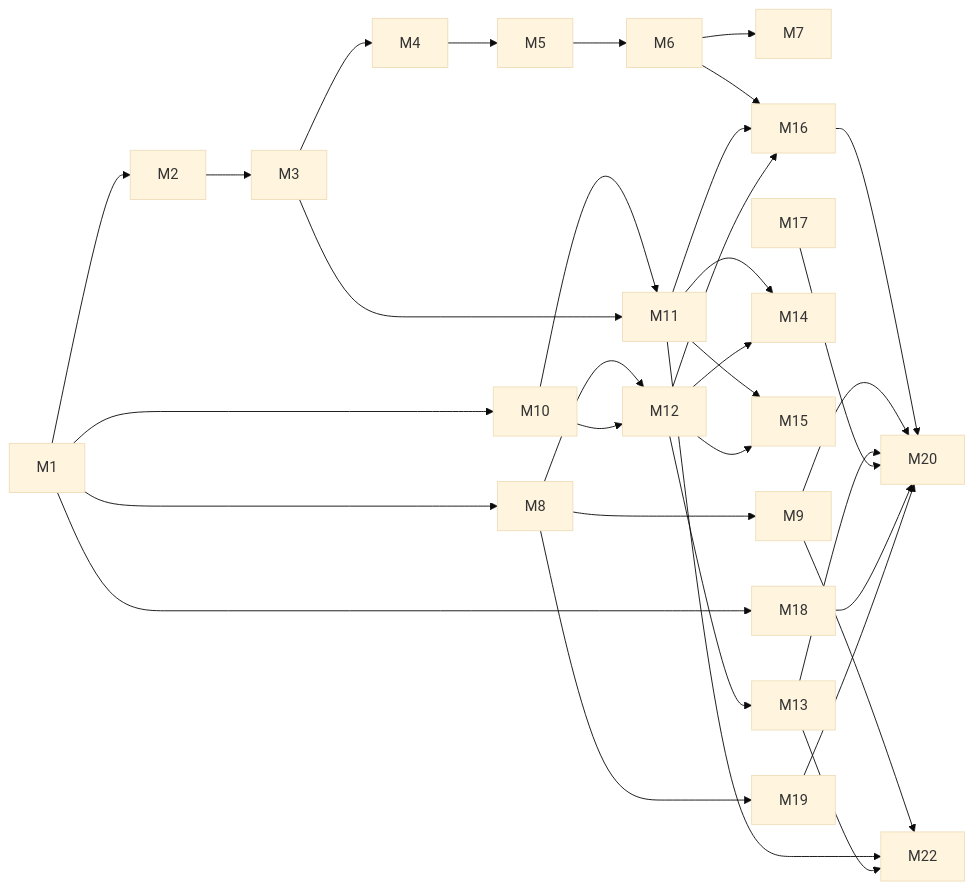
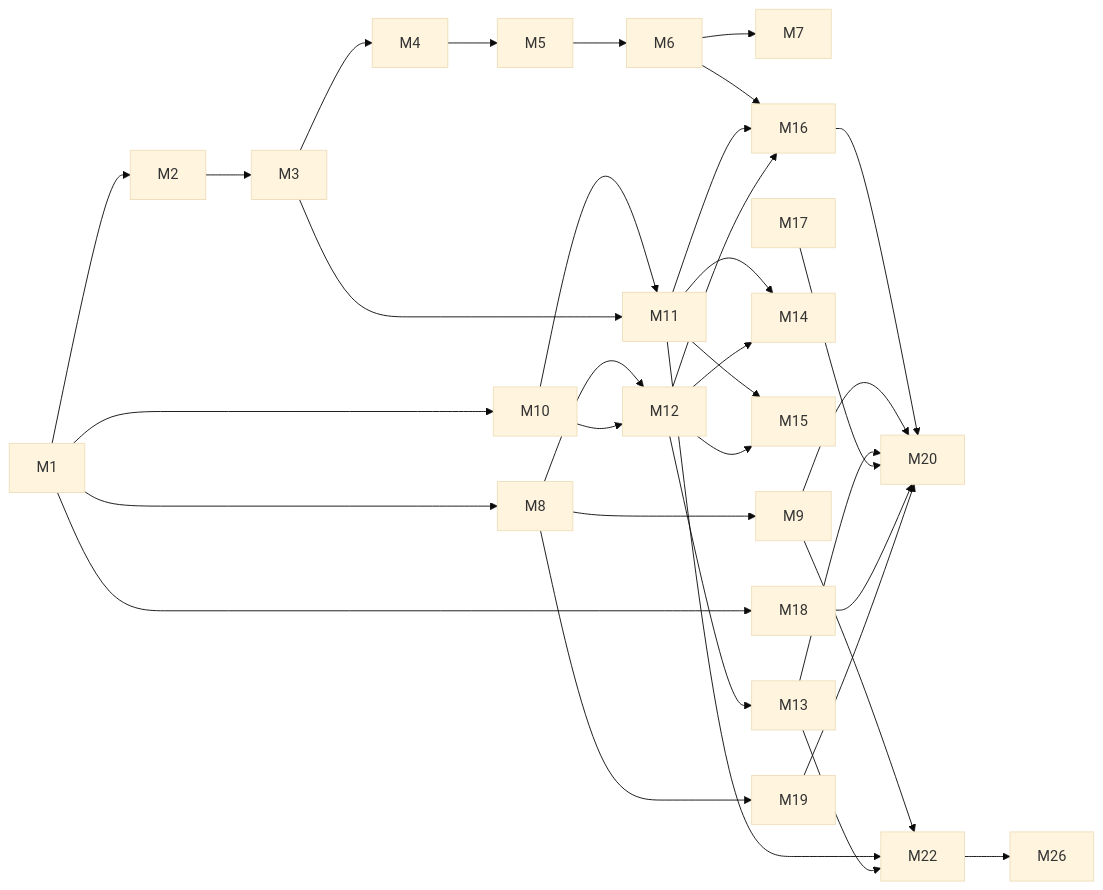
One commit to PavelArs/capital-tracker changed the second of 2 diagrams in docs/product-requirements.md. Above: the diagram before and after it, drawn with Mermaid (base theme). The commit also changed other lines of this file and 72 other files, not shown here.

````diff
--- a/docs/product-requirements.md
+++ b/docs/product-requirements.md
@@ -847,28 +848,29 @@
 ```mermaid
 flowchart LR
   M1 --> M2 --> M3 --> M4 --> M5 --> M6 --> M7
   M1 --> M8 --> M9
   M1 --> M10 --> M11
   M3 --> M11
   M8 --> M12
   M10 --> M12 --> M13
   M11 --> M14
   M12 --> M14
   M11 --> M15
   M12 --> M15
   M6 --> M16
   M11 --> M16
   M12 --> M16
   M1 --> M18
   M8 --> M19
   M17
   M16 --> M20
   M9 --> M20
   M13 --> M20
   M17 --> M20
   M18 --> M20
   M19 --> M20
   M9 --> M22
   M11 --> M22
   M13 --> M22
+  M22 --> M26
 ```
````
